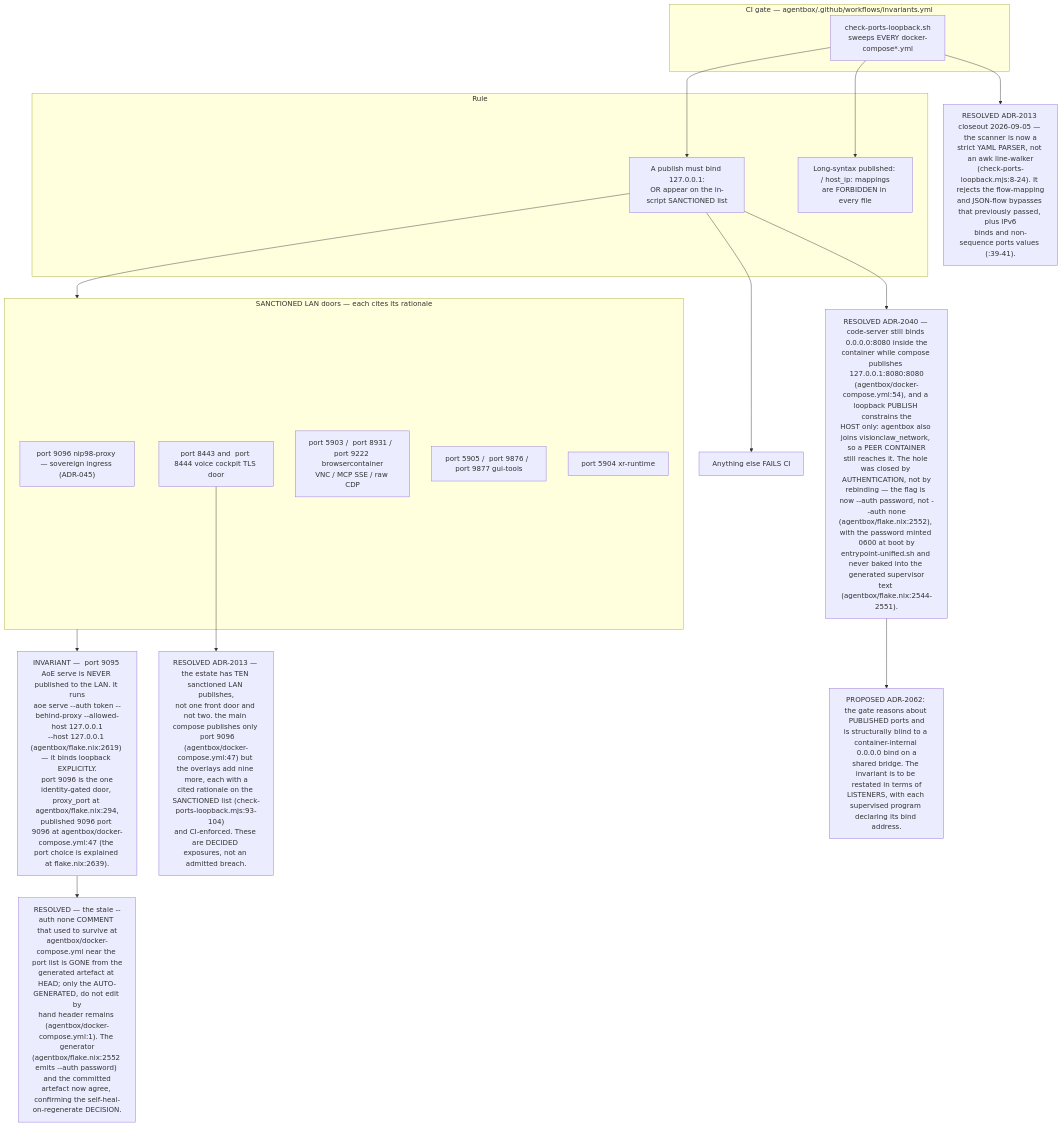
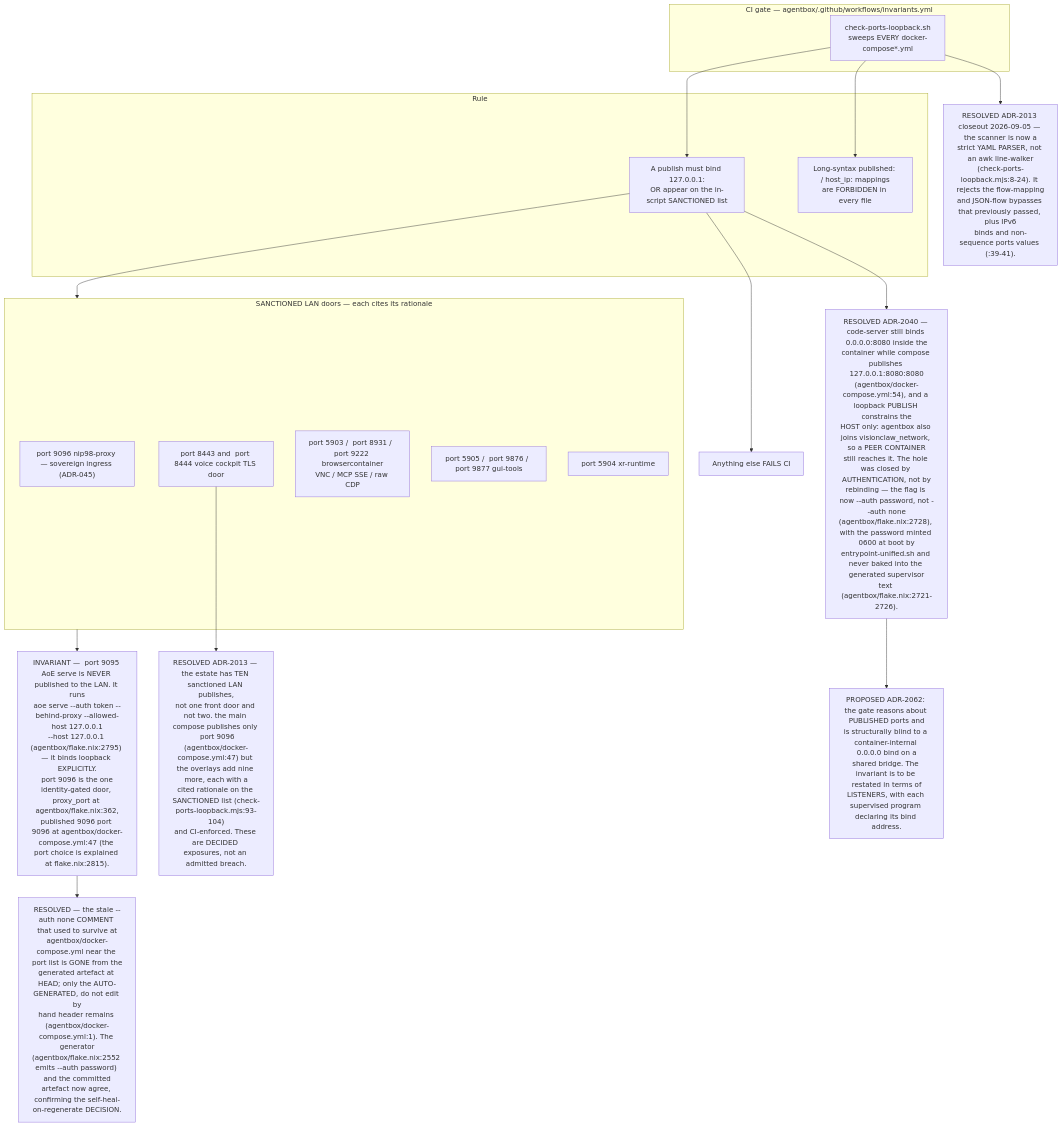
The eighth of 11 diagrams in docs/diagrams/estate/10-deployment-and-security-profiles.md (DreamLab-AI/VisionFlow), drawn with Mermaid before and after one commit. The commit also changed other lines of this file and 111 other files, not shown here.

Commit message:
docs(diagrams): align estate maps with current source

````diff
--- a/docs/diagrams/estate/10-deployment-and-security-profiles.md
+++ b/docs/diagrams/estate/10-deployment-and-security-profiles.md
@@ -319,35 +319,35 @@
 ```mermaid
 flowchart TB
     subgraph ci["CI gate — agentbox/.github/workflows/invariants.yml"]
         SC["check-ports-loopback.sh<br/>sweeps EVERY docker-compose*.yml"]
     end
     subgraph rule["Rule"]
         R1["A publish must bind 127.0.0.1:<br/>OR appear on the in-script SANCTIONED list"]
         R2["Long-syntax published: / host_ip: mappings<br/>are FORBIDDEN in every file"]
     end
     subgraph sanctioned["SANCTIONED LAN doors — each cites its rationale"]
         P1[" port 9096 nip98-proxy — sovereign ingress (ADR-045)"]
         P2[" port 8443 and  port 8444 voice cockpit TLS door"]
         P3[" port 5903 /  port 8931 /  port 9222 browsercontainer<br/>VNC / MCP SSE / raw CDP"]
         P4[" port 5905 /  port 9876 /  port 9877 gui-tools"]
         P5[" port 5904 xr-runtime"]
     end
     FAIL["Anything else FAILS CI"]
-    INV["INVARIANT —  port 9095 AoE serve is NEVER published to the LAN. It runs<br/>aoe serve --auth token --behind-proxy --allowed-host 127.0.0.1<br/>--host 127.0.0.1 (agentbox/flake.nix:2619) — it binds loopback EXPLICITLY.<br/> port 9096 is the one identity-gated door, proxy_port at agentbox/flake.nix:294,<br/>published 9096 port 9096 at agentbox/docker-compose.yml:47 (the port choice is explained at flake.nix:2639)."]
+    INV["INVARIANT —  port 9095 AoE serve is NEVER published to the LAN. It runs<br/>aoe serve --auth token --behind-proxy --allowed-host 127.0.0.1<br/>--host 127.0.0.1 (agentbox/flake.nix:2795) — it binds loopback EXPLICITLY.<br/> port 9096 is the one identity-gated door, proxy_port at agentbox/flake.nix:362,<br/>published 9096 port 9096 at agentbox/docker-compose.yml:47 (the port choice is explained at flake.nix:2815)."]
     D1["RESOLVED ADR-2013 — the estate has TEN sanctioned LAN publishes,<br/>not one front door and not two. the main compose publishes only  port 9096<br/>(agentbox/docker-compose.yml:47) but the overlays add nine more, each with a<br/>cited rationale on the SANCTIONED list (check-ports-loopback.mjs:93-104)<br/>and CI-enforced. These are DECIDED exposures, not an admitted breach."]
     D2["RESOLVED ADR-2013 closeout 2026-09-05 — the scanner is now a<br/>strict YAML PARSER, not an awk line-walker<br/>(check-ports-loopback.mjs:8-24). It rejects the flow-mapping<br/>and JSON-flow bypasses that previously passed, plus IPv6<br/>binds and non-sequence ports values (:39-41)."]
-    D3["RESOLVED ADR-2040 — code-server still binds 0.0.0.0:8080 inside the<br/>container while compose publishes 127.0.0.1:8080:8080<br/>(agentbox/docker-compose.yml:54), and a loopback PUBLISH constrains the<br/>HOST only: agentbox also joins visionclaw_network, so a PEER CONTAINER<br/>still reaches it. The hole was closed by AUTHENTICATION, not by<br/>rebinding — the flag is now --auth password, not --auth none<br/>(agentbox/flake.nix:2552), with the password minted 0600 at boot by<br/>entrypoint-unified.sh and never baked into the generated supervisor<br/>text (agentbox/flake.nix:2544-2551)."]
+    D3["RESOLVED ADR-2040 — code-server still binds 0.0.0.0:8080 inside the<br/>container while compose publishes 127.0.0.1:8080:8080<br/>(agentbox/docker-compose.yml:54), and a loopback PUBLISH constrains the<br/>HOST only: agentbox also joins visionclaw_network, so a PEER CONTAINER<br/>still reaches it. The hole was closed by AUTHENTICATION, not by<br/>rebinding — the flag is now --auth password, not --auth none<br/>(agentbox/flake.nix:2728), with the password minted 0600 at boot by<br/>entrypoint-unified.sh and never baked into the generated supervisor<br/>text (agentbox/flake.nix:2721-2726)."]
     D5["PROPOSED ADR-2062: the gate reasons about PUBLISHED ports and<br/>is structurally blind to a container-internal 0.0.0.0 bind on a<br/>shared bridge. The invariant is to be restated in terms of<br/>LISTENERS, with each supervised program declaring its bind address."]
     D4["RESOLVED — the stale --auth none COMMENT that used to survive at<br/>agentbox/docker-compose.yml near the port list is GONE from the<br/>generated artefact at HEAD; only the AUTO-GENERATED, do not edit by<br/>hand header remains (agentbox/docker-compose.yml:1). The generator<br/>(agentbox/flake.nix:2552 emits --auth password) and the committed<br/>artefact now agree, confirming the self-heal-on-regenerate DECISION."]
 
     SC --> R1
     SC --> R2
     R1 --> sanctioned
     R1 --> FAIL
     sanctioned --> INV
     P2 --> D1
     SC --> D2
     R1 --> D3
     INV --> D4
     D3 --> D5
 ```
````
